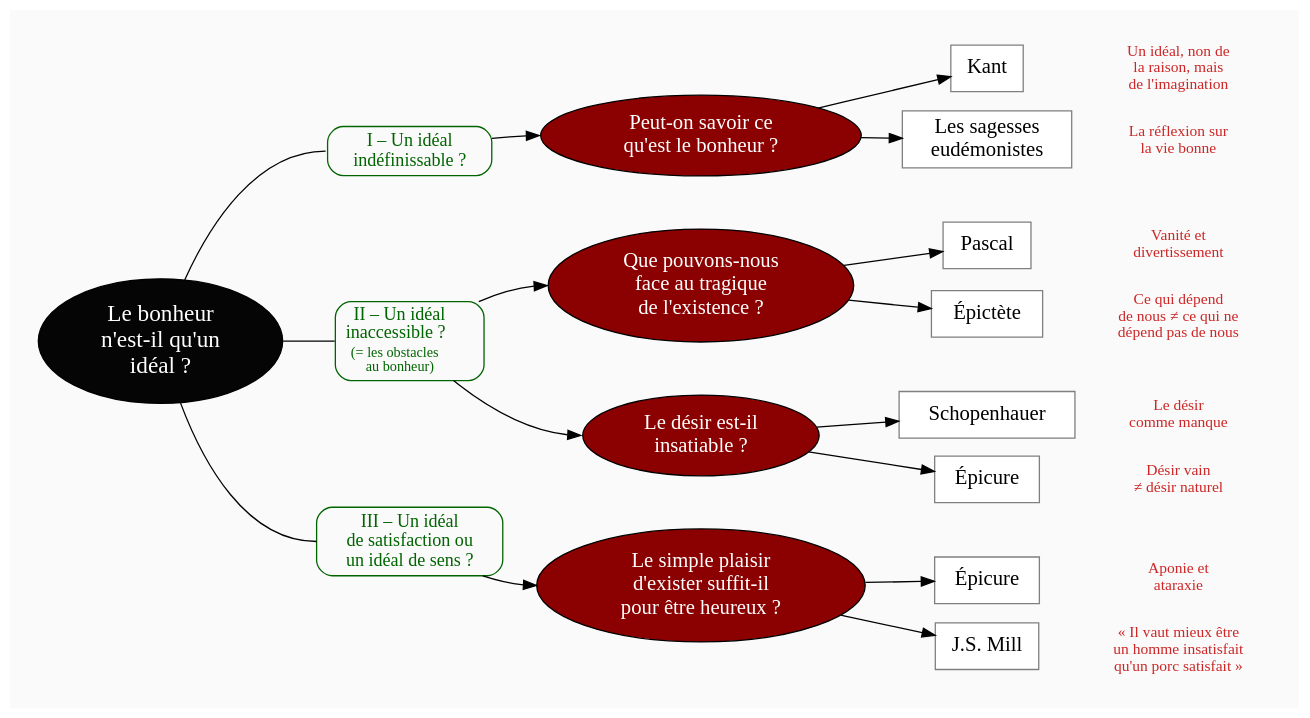
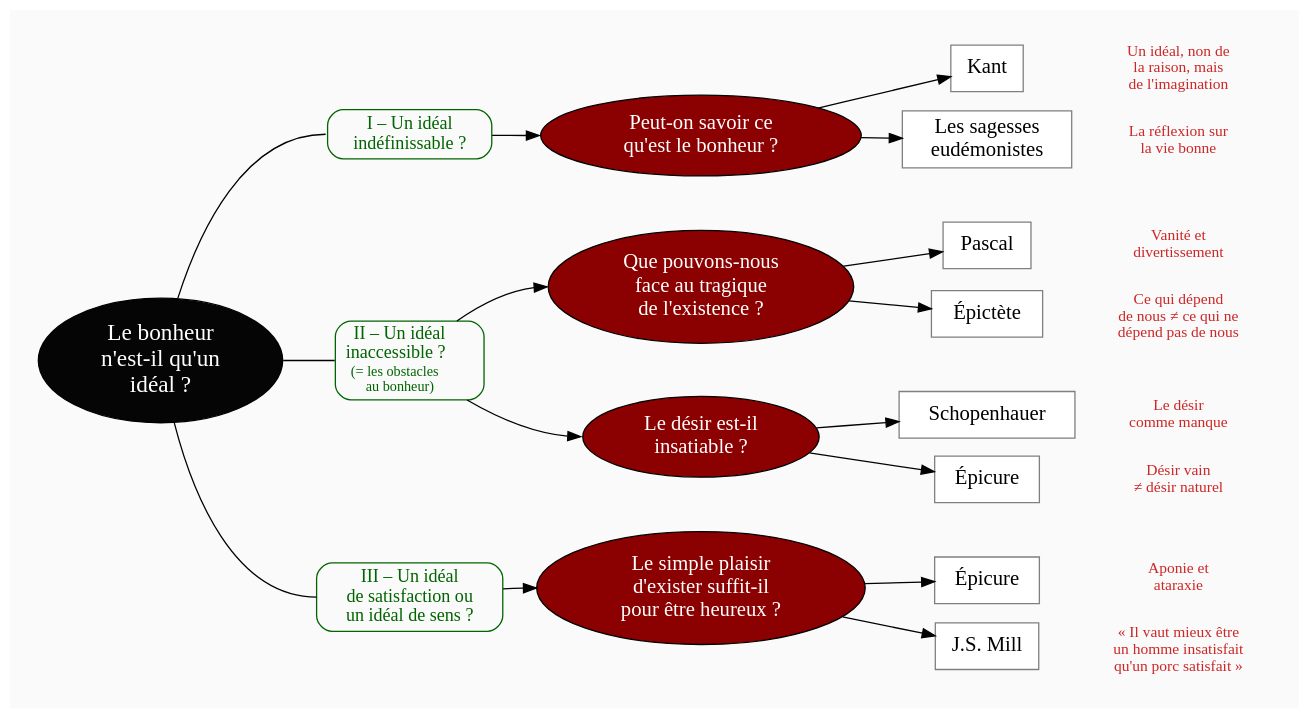
Before and after one commit to eyssette/graphviz-examples: the diagram in plans/plan-cours-details-bonheur.dot, drawn with Graphviz. The commit also changed 1 other file, not shown here.

```diff
--- a/plans/plan-cours-details-bonheur.dot
+++ b/plans/plan-cours-details-bonheur.dot
@@ -1,144 +1,144 @@
 digraph G {
 // Template : diagram
 // Usage : 
 rankdir=LR
 splines=true
 //splines=curved
 bgcolor=grey98
 pad=0.3
 style=filled
 edge[minlen=3]
 node[style=filled, fontcolor=white]
 ranksep=0.1
 nodesep=0.2
 
 // NIVEAU 1
 node[fillcolor=grey2, fontsize=18]
 a1[label="Le bonheur
 n'est-il qu'un
 idéal ?"]
 
 // NIVEAU 2
 node[fontsize=14, shape=rect, fillcolor=grey98, fontcolor=darkgreen, color=darkgreen, style="filled, rounded"]
 a1->p1[headport=w, arrowhead=none]
 a1->p2[headport=w, arrowhead=none]
 a1->p3[headport=w, arrowhead=none]
 
 p1[label="I – Un idéal
 indéfinissable ?"]
 p2[label=<II – Un idéal<br/>
 inaccessible ?<br/>
 <font point-size="3"><br/></font>
 <font point-size="11">(= les obstacles<br/>
 au bonheur)</font>>]
 p3[label="III – Un idéal
 de satisfaction ou
 un idéal de sens ?"]
 
-{rank=same;p1->p2->p3[style=invis, minlen=7]}
+{rank=same;p1->p2->p3[style=invis, minlen=9]}
 
 node[fontcolor=black, fontsize=16]
 // NIVEAU 3 (sans intermédiaire)
 node [shape=box, fillcolor=white, color=grey50]
 // c1[label=""]
 
 
 
 // INTERMÉDIAIRE AVANT NIVEAU 3
 node[fillcolor=red4, shape=oval, fontcolor=white, color=black, style="filled"]
 // [arrowhead=none]
 // bc1[label=""]
 p1->b1[headport=w]
 p2->b2[headport=w]
 p2->b3[headport=w]
 p3->b4[headport=w]
 b1[label="Peut-on savoir ce
 qu'est le bonheur ?"]    
 b2[label="Que pouvons-nous
 face au tragique
 de l'existence ?"]
 b3[label="Le désir est-il
 insatiable ?"]
 b4[label="Le simple plaisir
 d'exister suffit-il
 pour être heureux ?"]
 
 
 
 
 {rank=same;b1->b2->b3->b4[style=invis, minlen=3]}
 
 // NIVEAU 3 (avec intermédiaire)
 node[fillcolor=white, shape=box, color=grey50, fontcolor=black]
 // c1[label=""]
 b1->{c1,c2}
 c1[label="Kant"]
 c2[label="Les sagesses
 eudémonistes"]
 
 b2->{c3,c4}
 c3[label="Pascal"]
 c4[label="Épictète"]
 
 b3->{c5,c6}
 c5[label="Schopenhauer"]
 c6[label="Épicure"]
 
 b4->{c7,c8}
 c7[label="Épicure"]
 c8[label="J.S. Mill"]
 
 
 {rank=same;c2->c3[style=invis, minlen=3]}
 {rank=same;c4->c5[style=invis, minlen=3]}
 {rank=same;c6->c7[style=invis, minlen=3]}
 
 // NIVEAU 4
 node[style="filled,rounded", fillcolor=white, shape=box, color=grey50]
 // d1[label=""]
 
 
 // ÉTIQUETTES EN ROUGE
 node[shape=plaintext, fontcolor=firebrick3, fillcolor=grey98, fontsize=12]
 // e1[label=< <B>= Titre</B><BR /><BR />Contenu<BR /> >]
 // e1[label=""]
 // ->e1[minlen=1, style=invis]
 
 e1[label="Un idéal, non de
 la raison, mais
 de l'imagination"]
 e2[label="La réflexion sur
 la vie bonne"]
 e3[label="Vanité et
 divertissement"]
 e4[label="Ce qui dépend
 de nous ≠ ce qui ne
 dépend pas de nous"]
 e5[label="Le désir
 comme manque"]
 e6[label="Désir vain
 ≠ désir naturel"]
 e7[label="Aponie et
 ataraxie"]
 e8[label="« Il vaut mieux être
 un homme insatisfait
 qu'un porc satisfait »"]
 
 c1->e1[minlen=1, style=invis]
 c2->e2[minlen=1, style=invis]
 c3->e3[minlen=1, style=invis]
 c4->e4[minlen=1, style=invis]
 c5->e5[minlen=1, style=invis]
 c6->e6[minlen=1, style=invis]
 c7->e7[minlen=1, style=invis]
 c8->e8[minlen=1, style=invis]
 
 
 // REMARQUES EN BLEU
 node[color=blue, shape=box, margin=0.07, fontcolor=black, fontsize=12, style="dashed", penwidth=0.6]
 edge[color=blue, arrowhead="none", xlabel="", style="dashed", penwidth=0.6]
 // r1[label=""]
 // {rank=same;->r1}
 // {rank=same;r1->[dir=back]}
 
 }
```
